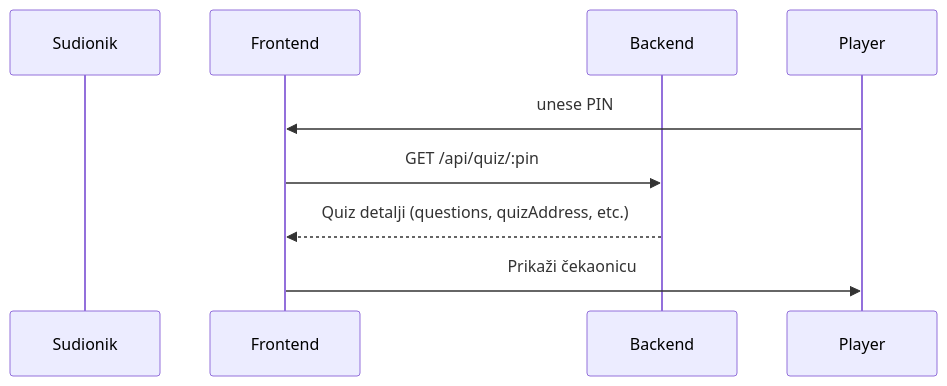
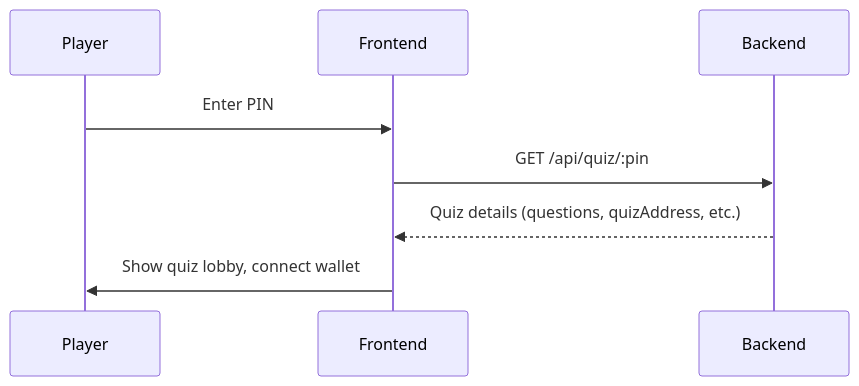
Before and after one commit to ian12-21/QuizApp-Frontend: the third of 6 diagrams in README_Version3.md, drawn with Mermaid. The commit also changed other lines of this file, not shown here.

````diff
--- a/README_Version3.md
+++ b/README_Version3.md
@@ -53,11 +53,11 @@
 ```mermaid
 sequenceDiagram
-    participant Sudionik
+    participant Player
     participant Frontend
     participant Backend
 
-    Player->>Frontend: unese PIN
+    Player->>Frontend: Enter PIN
     Frontend->>Backend: GET /api/quiz/:pin
-    Backend-->>Frontend: Quiz detalji (questions, quizAddress, etc.)
-    Frontend->>Player: Prikaži čekaonicu
+    Backend-->>Frontend: Quiz details (questions, quizAddress, etc.)
+    Frontend->>Player: Show quiz lobby, connect wallet
 ```
````
